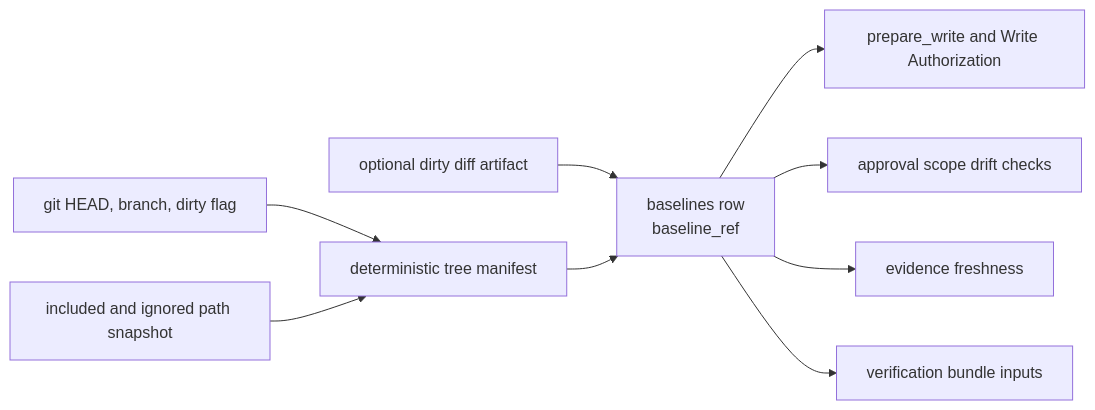
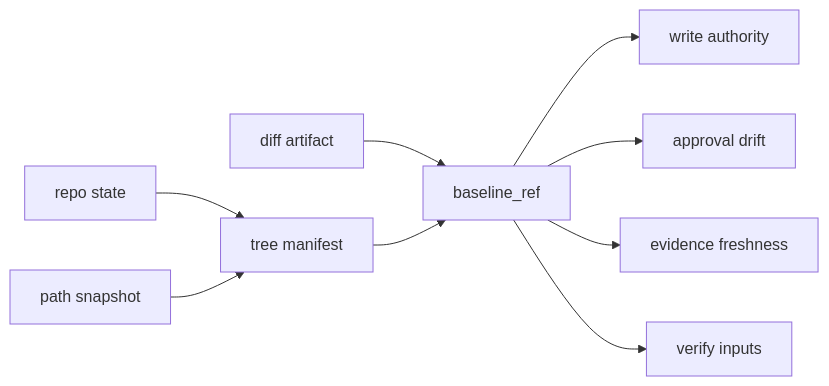
One commit to minjungw00/Harness_Project changed the fifth of 9 diagrams in docs/en/reference/storage-and-ddl.md. Above: the diagram before and after it, drawn with Mermaid. The commit also changed other lines of this file and 20 other files, not shown here.

Commit message:
docs: refresh diagrams for staged authority model

````diff
--- a/docs/en/reference/storage-and-ddl.md
+++ b/docs/en/reference/storage-and-ddl.md
@@ -1339,21 +1339,21 @@
 ```mermaid
 flowchart LR
-  Repo["git HEAD, branch, dirty flag"]
-  Files["included and ignored path snapshot"]
-  Diff["optional dirty diff artifact"]
-  Manifest["deterministic tree manifest"]
-  Baseline["baselines row<br/>baseline_ref"]
-  Write["prepare_write and Write Authorization"]
-  Approval["approval scope drift checks"]
+  Repo["repo state"]
+  Files["path snapshot"]
+  Diff["diff artifact"]
+  Manifest["tree manifest"]
+  Baseline["baseline_ref"]
+  Write["write authority"]
+  Approval["approval drift"]
   Evidence["evidence freshness"]
-  Verify["verification bundle inputs"]
+  Verify["verify inputs"]
 
   Repo --> Manifest
   Files --> Manifest
   Diff --> Baseline
   Manifest --> Baseline
   Baseline --> Write
   Baseline --> Approval
   Baseline --> Evidence
   Baseline --> Verify
 ```
````
